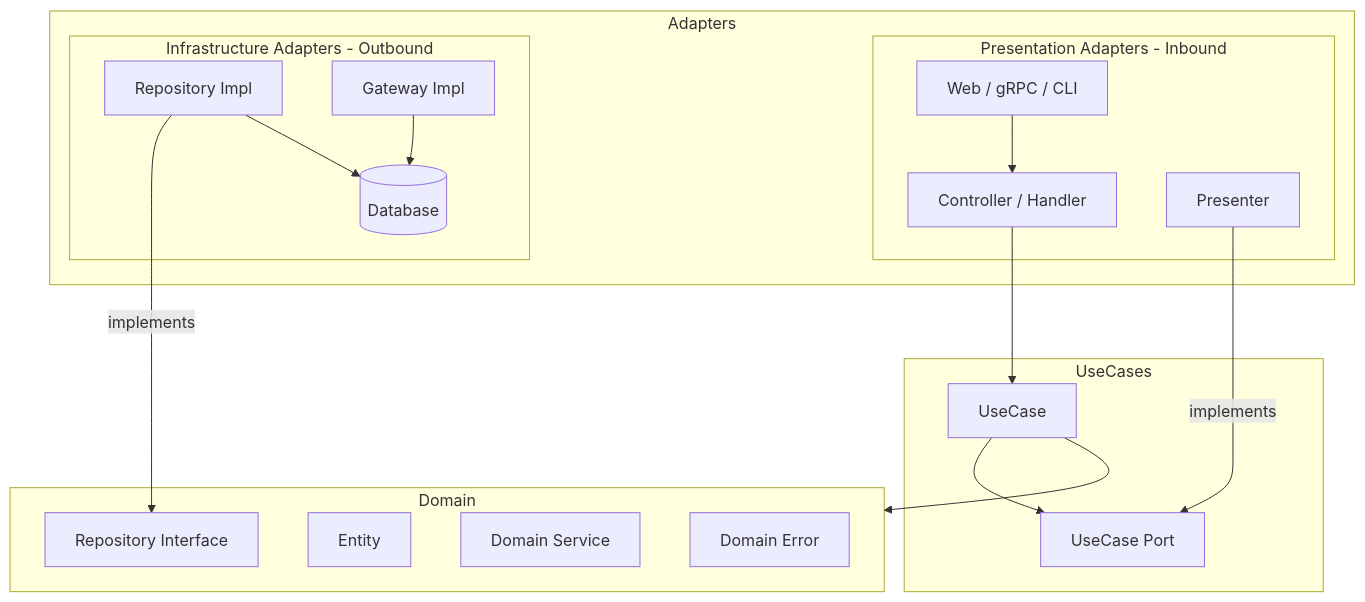
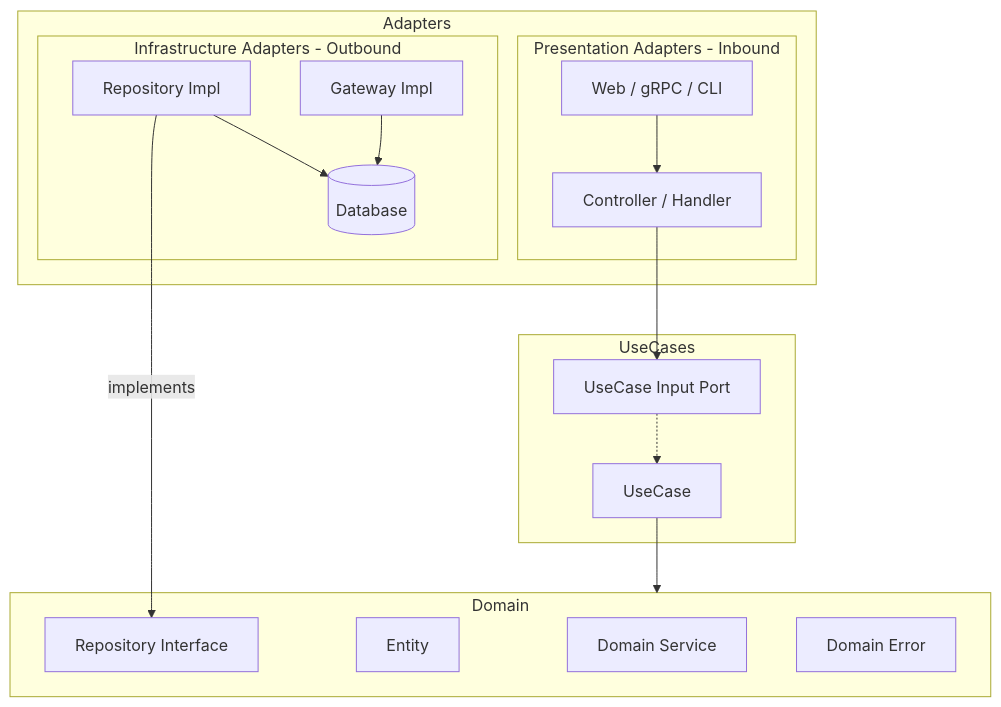
The diagram in software/clean_arch_en.md (sokoide/workshop), drawn with Mermaid before and after one commit. The commit also changed other lines of this file and 32 other files, not shown here.

````diff
--- a/software/clean_arch_en.md
+++ b/software/clean_arch_en.md
@@ -18,41 +18,37 @@
 ```mermaid
 graph TD
     subgraph AdaptersLayer [Adapters]
         subgraph PresentationAdapters [Presentation Adapters - Inbound]
             Web[Web / gRPC / CLI]
             Controller[Controller / Handler]
-            Presenter[Presenter]
         end
         subgraph InfraAdapters [Infrastructure Adapters - Outbound]
             RI_Impl[Repository Impl]
             GW_Impl[Gateway Impl]
             DB[(Database)]
         end
     end
 
     subgraph UseCaseLayer [UseCases]
         UC[UseCase]
-        UC_Port[UseCase Port]
+        UC_Port[UseCase Input Port]
     end
 
     subgraph DomainLayer [Domain]
         DS[Domain Service]
         E[Entity]
         RI[Repository Interface]
         DE[Domain Error]
     end
 
     %% Inbound dependencies
     Web --> Controller
-    Controller --> UC
+    Controller --> UC_Port
+    UC_Port -.-> UC
     UC --> DomainLayer
 
     %% Outbound dependencies
     RI_Impl -- "implements" --> RI
     RI_Impl --> DB
     GW_Impl --> DB
-
-    %% UseCase ports
-    UC --> UC_Port
-    Presenter -- "implements" --> UC_Port
 ```
````
